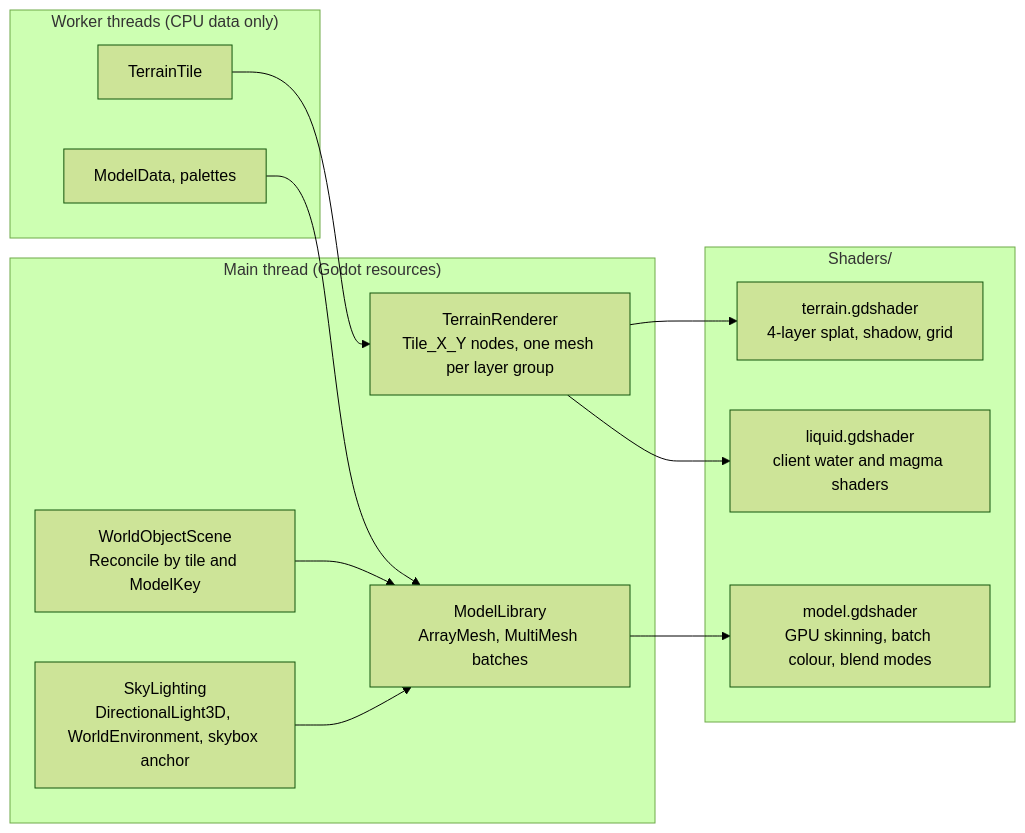
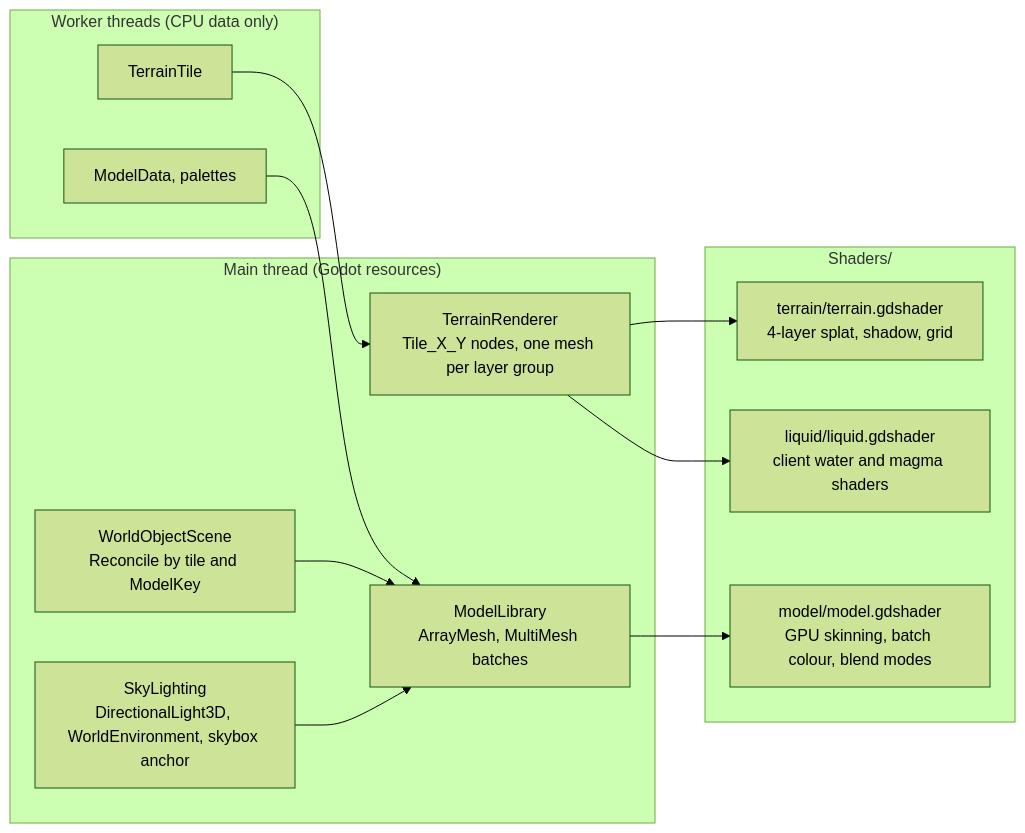
One commit to glitterfartz/ac-world-edit changed the third of 3 diagrams in docs/architecture/viewer-runtime.md. Above: the diagram before and after it, drawn with Mermaid (forest theme). The commit also changed other lines of this file and 49 other files, not shown here.

````diff
--- a/docs/architecture/viewer-runtime.md
+++ b/docs/architecture/viewer-runtime.md
@@ -113,23 +113,23 @@
 ```mermaid
 flowchart LR
     subgraph Worker["Worker threads (CPU data only)"]
         tile["TerrainTile"]
         mdl["ModelData, palettes"]
     end
     subgraph Main["Main thread (Godot resources)"]
         tr["TerrainRenderer<br/>Tile_X_Y nodes, one mesh per layer group"]
         ml["ModelLibrary<br/>ArrayMesh, MultiMesh batches"]
         wos["WorldObjectScene<br/>Reconcile by tile and ModelKey"]
         sky["SkyLighting<br/>DirectionalLight3D, WorldEnvironment, skybox anchor"]
     end
     subgraph Shaders["Shaders/"]
-        ts["terrain.gdshader<br/>4-layer splat, shadow, grid"]
-        ls["liquid.gdshader<br/>client water and magma shaders"]
-        ms["model.gdshader<br/>GPU skinning, batch colour, blend modes"]
+        ts["terrain/terrain.gdshader<br/>4-layer splat, shadow, grid"]
+        ls["liquid/liquid.gdshader<br/>client water and magma shaders"]
+        ms["model/model.gdshader<br/>GPU skinning, batch colour, blend modes"]
     end
     tile --> tr --> ts
     tr --> ls
     mdl --> ml --> ms
     wos --> ml
     sky --> ml
 ```
````
